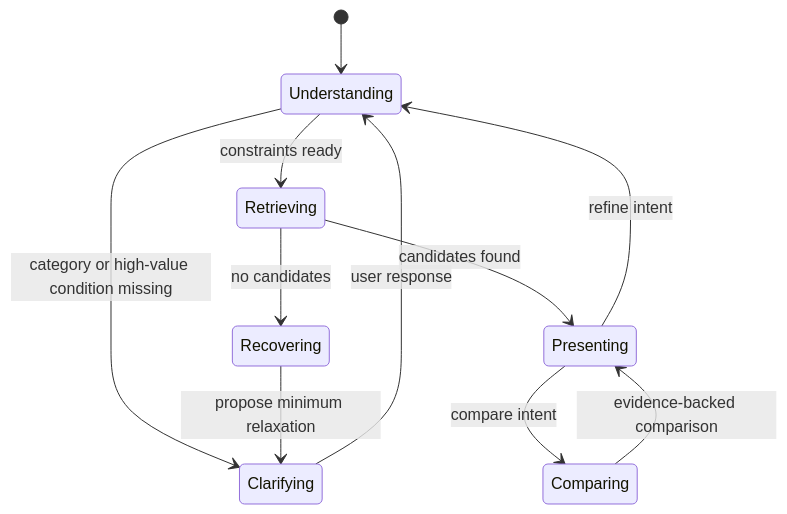
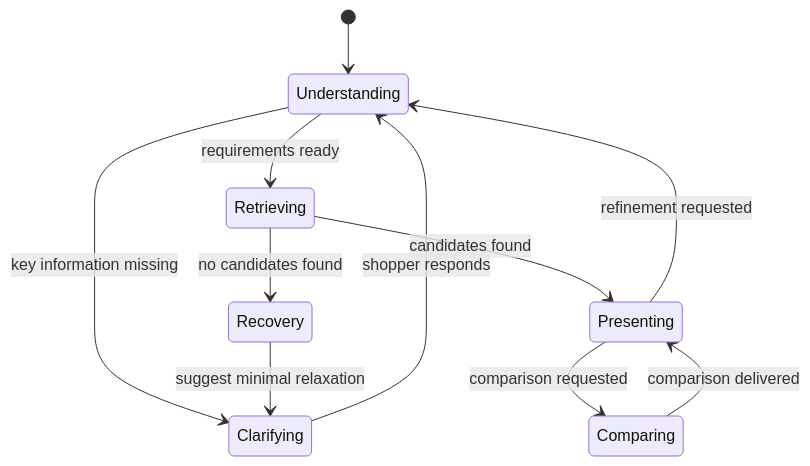
Before and after one commit to junjunfe/shopsage: the second of 2 diagrams in docs/agent_architecture.md, drawn with Mermaid. The commit also changed other lines of this file and 6 other files, not shown here.

````diff
--- a/docs/agent_architecture.md
+++ b/docs/agent_architecture.md
@@ -35,13 +31,13 @@
 ```mermaid
 stateDiagram-v2
   [*] --> Understanding
-  Understanding --> Clarifying: category or high-value condition missing
-  Clarifying --> Understanding: user response
-  Understanding --> Retrieving: constraints ready
+  Understanding --> Clarifying: key information missing
+  Clarifying --> Understanding: shopper responds
+  Understanding --> Retrieving: requirements ready
   Retrieving --> Presenting: candidates found
-  Retrieving --> Recovering: no candidates
-  Recovering --> Clarifying: propose minimum relaxation
-  Presenting --> Comparing: compare intent
-  Comparing --> Presenting: evidence-backed comparison
-  Presenting --> Understanding: refine intent
+  Retrieving --> Recovery: no candidates found
+  Recovery --> Clarifying: suggest minimal relaxation
+  Presenting --> Comparing: comparison requested
+  Comparing --> Presenting: comparison delivered
+  Presenting --> Understanding: refinement requested
 ```
````
